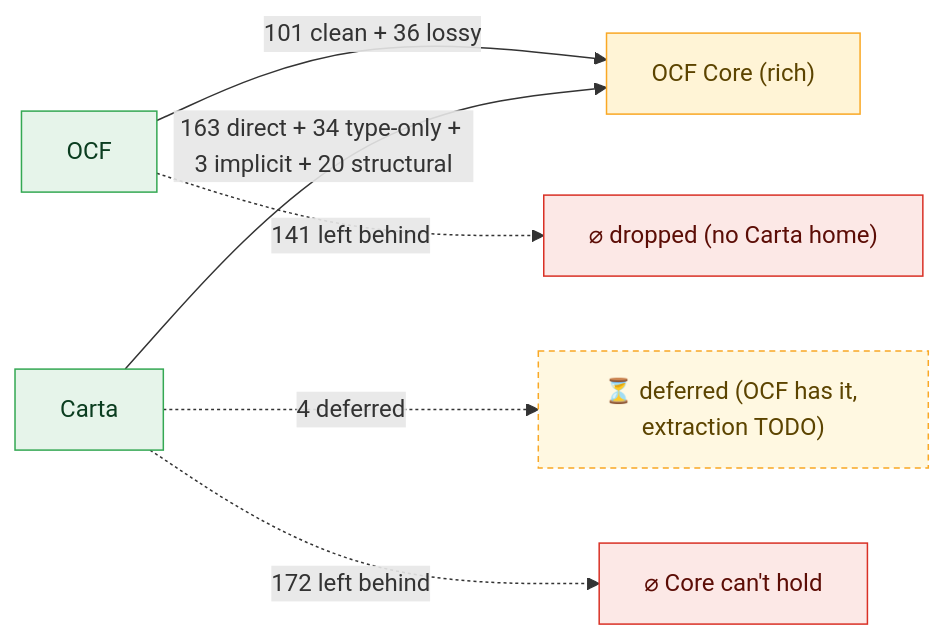
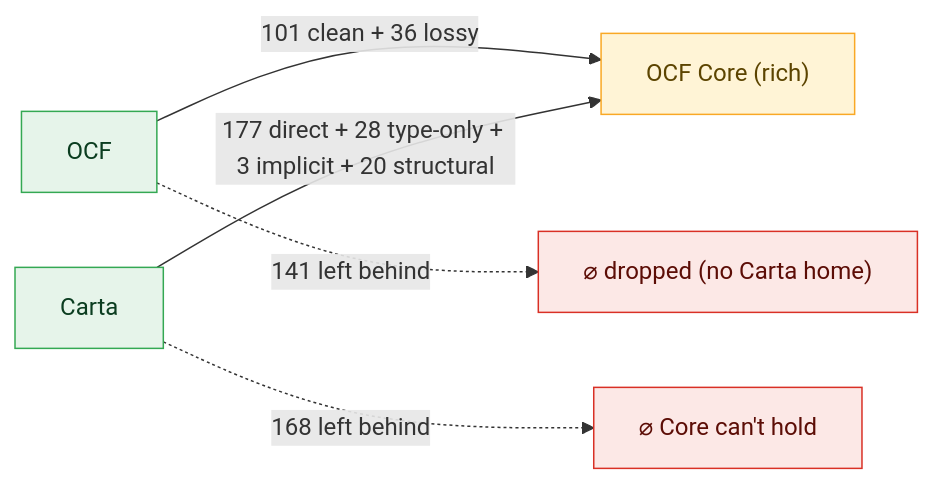
The first of 47 diagrams in docs/core-bidirectional-flow.md (Open-Cap-Table-Coalition/OCF-Composed-Schemas), drawn with Mermaid before and after one commit. The commit also changed other lines of this file and 12 other files, not shown here.

````diff
--- a/docs/core-bidirectional-flow.md
+++ b/docs/core-bidirectional-flow.md
@@ -11,13 +11,12 @@
 ```mermaid
 flowchart LR
   classDef core fill:#fff4d6,stroke:#f9a825,color:#5c4400;
   classDef in fill:#e6f4ea,stroke:#34a853,color:#0b3d20;
   classDef out fill:#fce8e6,stroke:#d93025,color:#5c0d06;
   classDef defer fill:#fff8e1,stroke:#f9a825,color:#5c4400,stroke-dasharray:4 3;
   OCF["OCF"]:::in -->|"101 clean + 36 lossy"| CORE
   OCF -.->|"141 left behind"| ocfvoid["⌀ dropped (no Carta home)"]:::out
   CORE["OCF Core (rich)"]:::core
-  Carta["Carta"]:::in -->|"163 direct + 34 type-only + 3 implicit + 20 structural"| CORE
-  Carta -.->|"4 deferred"| deferbox["⏳ deferred (OCF has it, extraction TODO)"]:::defer
-  Carta -.->|"172 left behind"| cartavoid["⌀ Core can't hold"]:::out
+  Carta["Carta"]:::in -->|"177 direct + 28 type-only + 3 implicit + 20 structural"| CORE
+  Carta -.->|"168 left behind"| cartavoid["⌀ Core can't hold"]:::out
 ```
````
